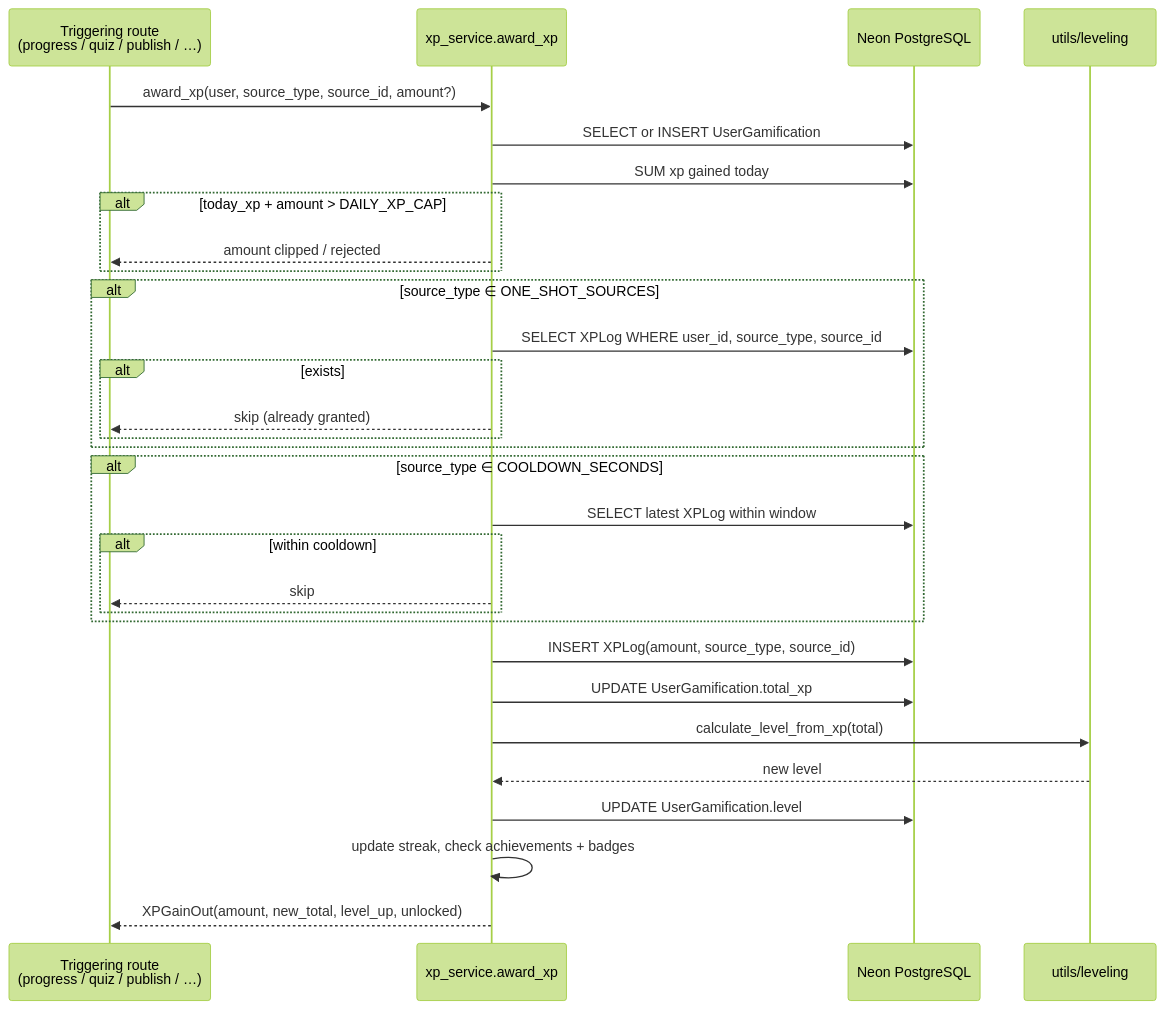
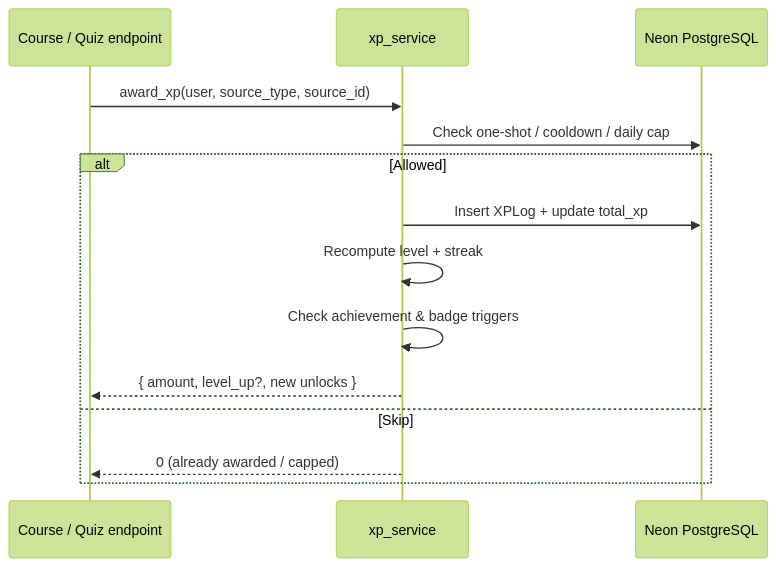
Before and after one commit to yazidha09/Hub4Learners: the third of 4 diagrams in docs/sprints/SPRINT_4.md, drawn with Mermaid (forest theme). The commit also changed other lines of this file and 14 other files, not shown here.

````diff
--- a/docs/sprints/SPRINT_4.md
+++ b/docs/sprints/SPRINT_4.md
@@ -153,33 +125,17 @@
 ```mermaid
 sequenceDiagram
-    participant Caller as Triggering route<br/>(progress / quiz / publish / …)
-    participant XP as xp_service.award_xp
+    participant Source as Course / Quiz endpoint
+    participant XP as xp_service
     participant DB as Neon PostgreSQL
-    participant Leveling as utils/leveling
 
-    Caller->>XP: award_xp(user, source_type, source_id, amount?)
-    XP->>DB: SELECT or INSERT UserGamification
-    XP->>DB: SUM xp gained today
-    alt today_xp + amount > DAILY_XP_CAP
-        XP-->>Caller: amount clipped / rejected
+    Source->>XP: award_xp(user, source_type, source_id)
+    XP->>DB: Check one-shot / cooldown / daily cap
+    alt Allowed
+        XP->>DB: Insert XPLog + update total_xp
+        XP->>XP: Recompute level + streak
+        XP->>XP: Check achievement & badge triggers
+        XP-->>Source: { amount, level_up?, new unlocks }
+    else Skip
+        XP-->>Source: 0 (already awarded / capped)
     end
-    alt source_type ∈ ONE_SHOT_SOURCES
-        XP->>DB: SELECT XPLog WHERE user_id, source_type, source_id
-        alt exists
-            XP-->>Caller: skip (already granted)
-        end
-    end
-    alt source_type ∈ COOLDOWN_SECONDS
-        XP->>DB: SELECT latest XPLog within window
-        alt within cooldown
-            XP-->>Caller: skip
-        end
-    end
-    XP->>DB: INSERT XPLog(amount, source_type, source_id)
-    XP->>DB: UPDATE UserGamification.total_xp
-    XP->>Leveling: calculate_level_from_xp(total)
-    Leveling-->>XP: new level
-    XP->>DB: UPDATE UserGamification.level
-    XP->>XP: update streak, check achievements + badges
-    XP-->>Caller: XPGainOut(amount, new_total, level_up, unlocked)
 ```
````
